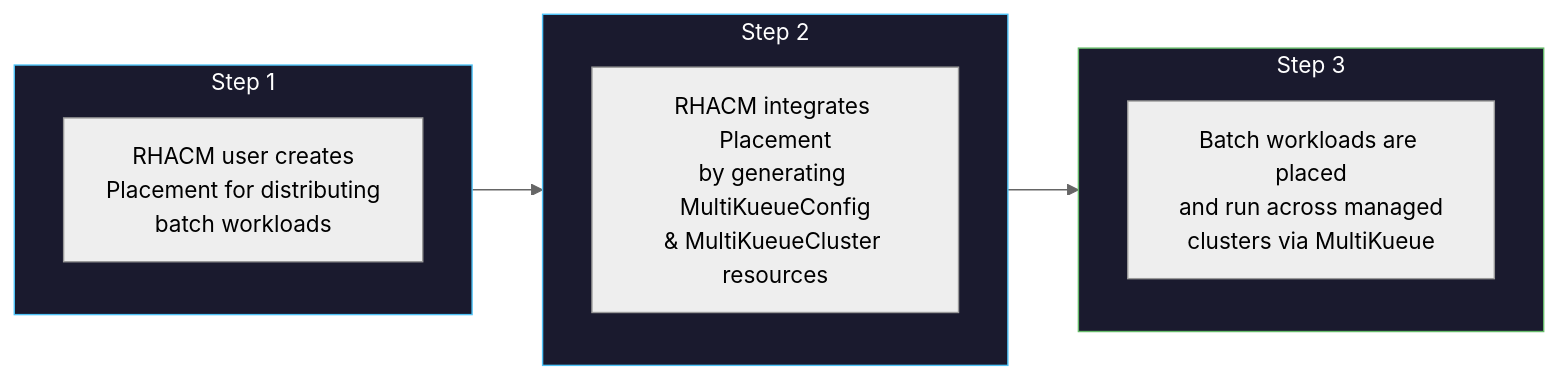
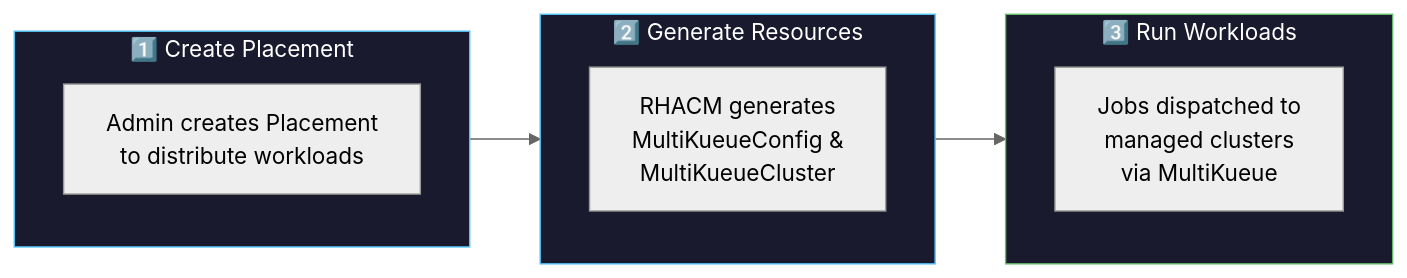
Before and after one commit to rrbanda/GPUaaS-RHACM: the second of 4 diagrams in docs/concepts.md, drawn with Mermaid (neutral theme). The commit also changed other lines of this file, not shown here.

Commit message:
Improve Mermaid diagrams - more even block sizing and cleaner labels

````diff
--- a/docs/concepts.md
+++ b/docs/concepts.md
@@ -79,20 +79,20 @@
 ```mermaid
 flowchart LR
-    subgraph step1["Step 1"]
-        p1["RHACM user creates<br/>Placement for distributing<br/>batch workloads"]
+    subgraph step1["1️⃣ Create Placement"]
+        p1["Admin creates Placement<br/>to distribute workloads"]
     end
     
-    subgraph step2["Step 2"]
-        p2["RHACM integrates Placement<br/>by generating MultiKueueConfig<br/>& MultiKueueCluster resources"]
+    subgraph step2["2️⃣ Generate Resources"]
+        p2["RHACM generates<br/>MultiKueueConfig &<br/>MultiKueueCluster"]
     end
     
-    subgraph step3["Step 3"]
-        p3["Batch workloads are placed<br/>and run across managed<br/>clusters via MultiKueue"]
+    subgraph step3["3️⃣ Run Workloads"]
+        p3["Jobs dispatched to<br/>managed clusters<br/>via MultiKueue"]
     end
     
     step1 --> step2 --> step3
     
     style step1 fill:#1a1a2e,stroke:#4fc3f7,color:#fff
     style step2 fill:#1a1a2e,stroke:#4fc3f7,color:#fff
     style step3 fill:#1a1a2e,stroke:#66bb6a,color:#fff
 ```
````
